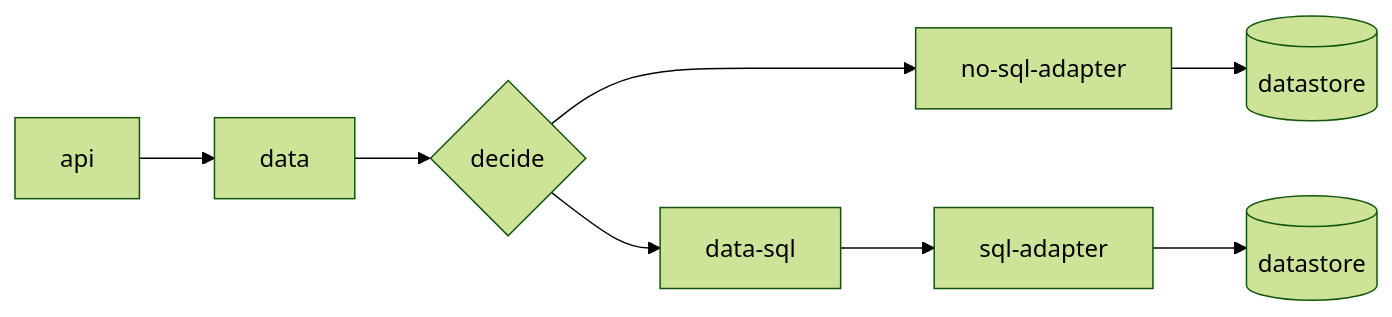
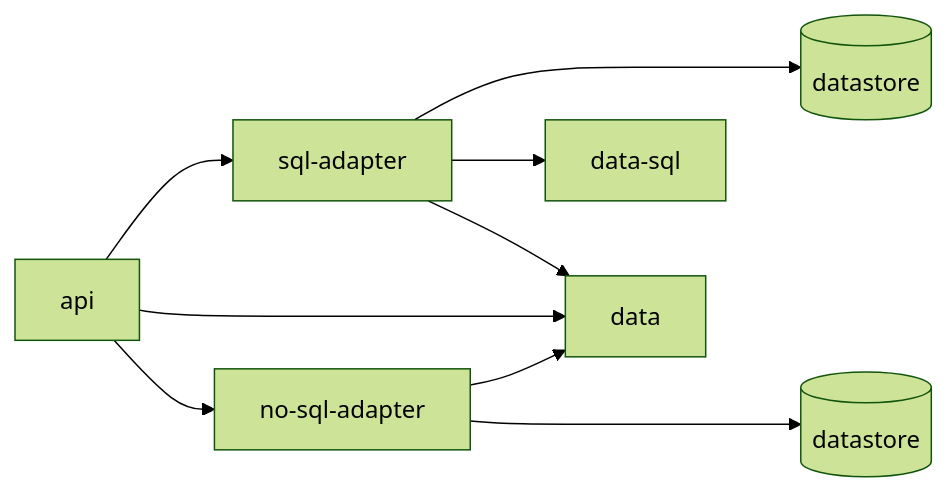
Before and after one commit to directus/directus: the diagram in packages/data/readme.md, drawn with Mermaid (forest theme). The commit also changed other lines of this file and 1 other file, not shown here.

Commit message:
dependency diagram and fix

````diff
--- a/packages/data/readme.md
+++ b/packages/data/readme.md
@@ -89,10 +88,11 @@
 ```mermaid
 flowchart LR
-    api --> data
-	data --> check{decide}
-    check ---> no-sql-adapter
-    check --> data-sql
-	data-sql --> sql-adapter
-	sql-adapter --> db1[(datastore)]
-	no-sql-adapter --> db2[(datastore)]
+    api --> sql-adapter
+	sql-adapter ---> db1[(datastore)]
+	sql-adapter  --> data-sql
+	sql-adapter --> data
+	api --> data
+    api --> no-sql-adapter
+	no-sql-adapter --> data
+	no-sql-adapter ---> db2[(datastore)]
 ```
````
